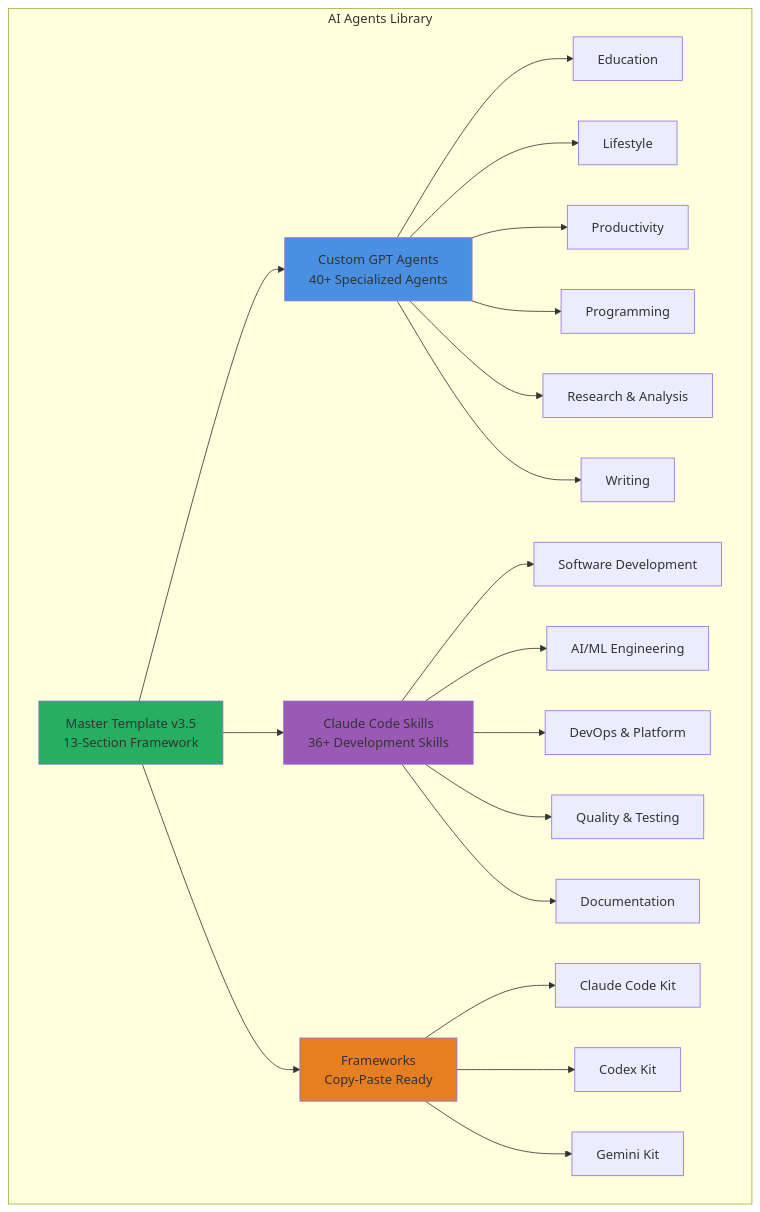
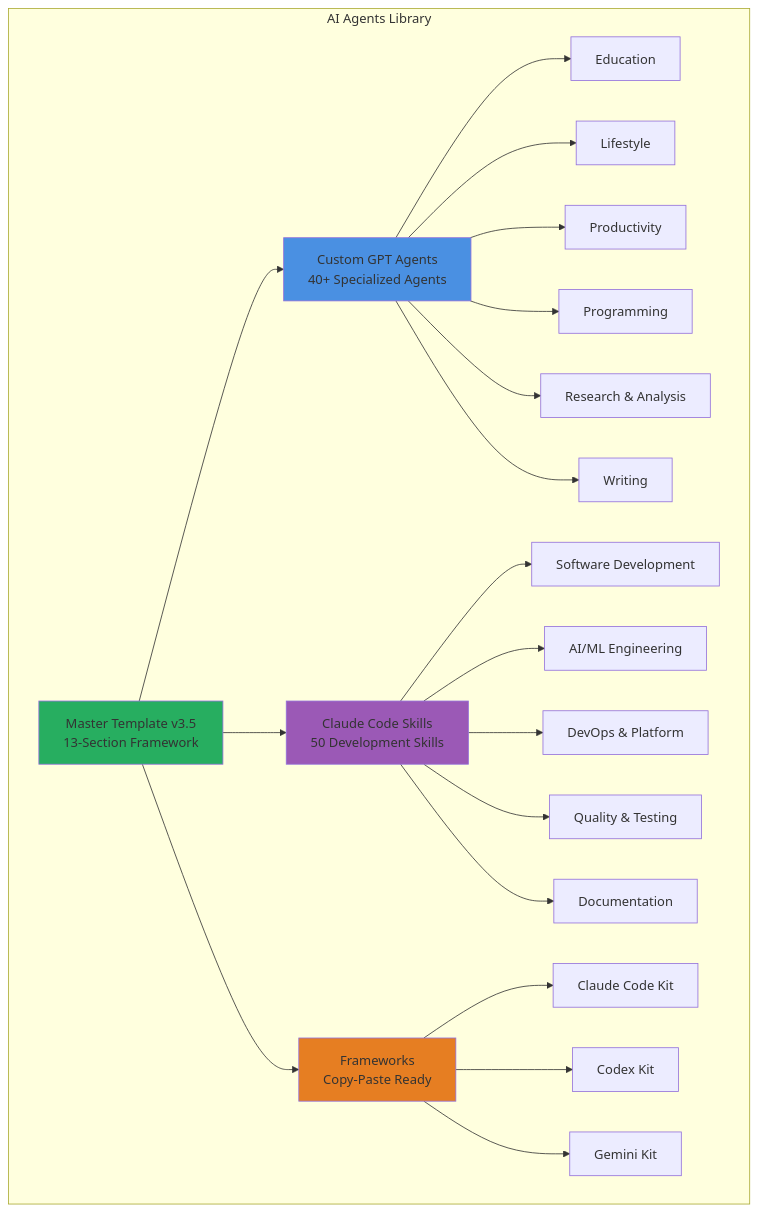
Before and after one commit to vasilyu1983/AI-Agents-public: the first of 5 diagrams in README.md, drawn with Mermaid. The commit also changed other lines of this file and 79 other files, not shown here.

````diff
--- a/README.md
+++ b/README.md
@@ -38,30 +38,30 @@
 ```mermaid
 graph TB
     subgraph "AI Agents Library"
         A[Custom GPT Agents<br/>40+ Specialized Agents] --> A1[Education]
         A --> A2[Lifestyle]
         A --> A3[Productivity]
         A --> A4[Programming]
         A --> A5[Research & Analysis]
         A --> A6[Writing]
 
-        B[Claude Code Skills<br/>36+ Development Skills] --> B1[Software Development]
+        B[Claude Code Skills<br/>50 Development Skills] --> B1[Software Development]
         B --> B2[AI/ML Engineering]
         B --> B3[DevOps & Platform]
         B --> B4[Quality & Testing]
         B --> B5[Documentation]
 
         C[Frameworks<br/>Copy-Paste Ready] --> C1[Claude Code Kit]
         C --> C2[Codex Kit]
         C --> C3[Gemini Kit]
 
         D[Master Template v3.5<br/>13-Section Framework] --> A
         D --> B
         D --> C
     end
 
     style A fill:#4A90E2
     style B fill:#9B59B6
     style C fill:#E67E22
     style D fill:#27AE60
 ```
````
